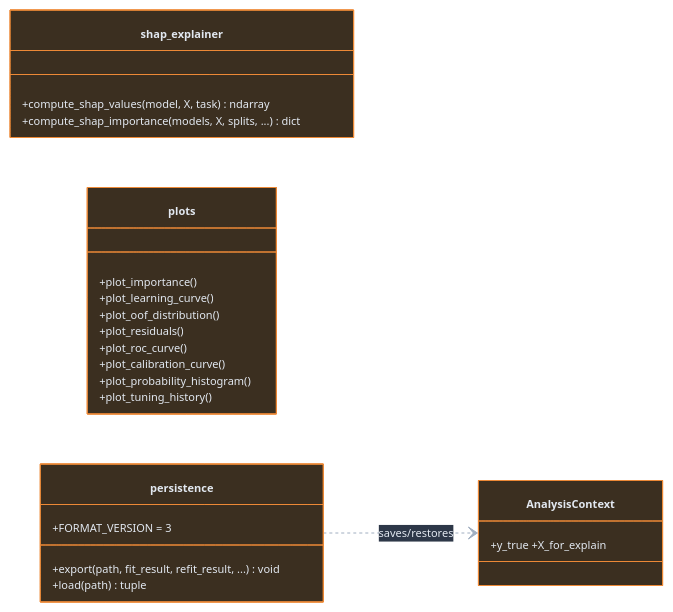
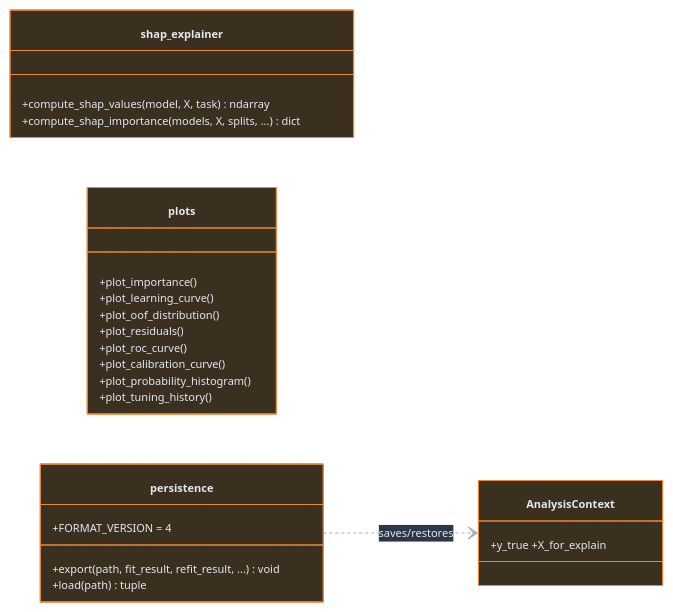
The sixth of 7 diagrams in ARCHITECTURE.md (nbx-liz/LizyML), drawn with Mermaid before and after one commit. The commit also changed other lines of this file and 6 other files, not shown here.

````diff
--- a/ARCHITECTURE.md
+++ b/ARCHITECTURE.md
@@ -489,31 +489,31 @@
 ```mermaid
 %%{init: {'theme': 'base', 'themeVariables': {'fontSize': '11px', 'primaryColor': '#2d3748', 'primaryTextColor': '#e2e8f0', 'lineColor': '#a0aec0', 'background': '#1a202c', 'mainBkg': '#2d3748', 'nodeBorder': '#718096'}}}%%
 classDiagram
     direction LR
 
     class shap_explainer:::optClass {
         +compute_shap_values(model, X, task) ndarray
         +compute_shap_importance(models, X, splits, ...) dict
     }
 
     class plots:::optClass {
         +plot_importance()
         +plot_learning_curve()
         +plot_oof_distribution()
         +plot_residuals()
         +plot_roc_curve()
         +plot_calibration_curve()
         +plot_probability_histogram()
         +plot_tuning_history()
     }
 
     class persistence:::optClass {
         +export(path, fit_result, refit_result, ...) void
         +load(path) tuple
-        +FORMAT_VERSION = 3
+        +FORMAT_VERSION = 4
     }
     class AnalysisContext:::optClass { +y_true +X_for_explain }
     persistence ..> AnalysisContext : saves/restores
 
     classDef optClass fill:#3b2f20,stroke:#ed8936,color:#e2e8f0
 ```
````
